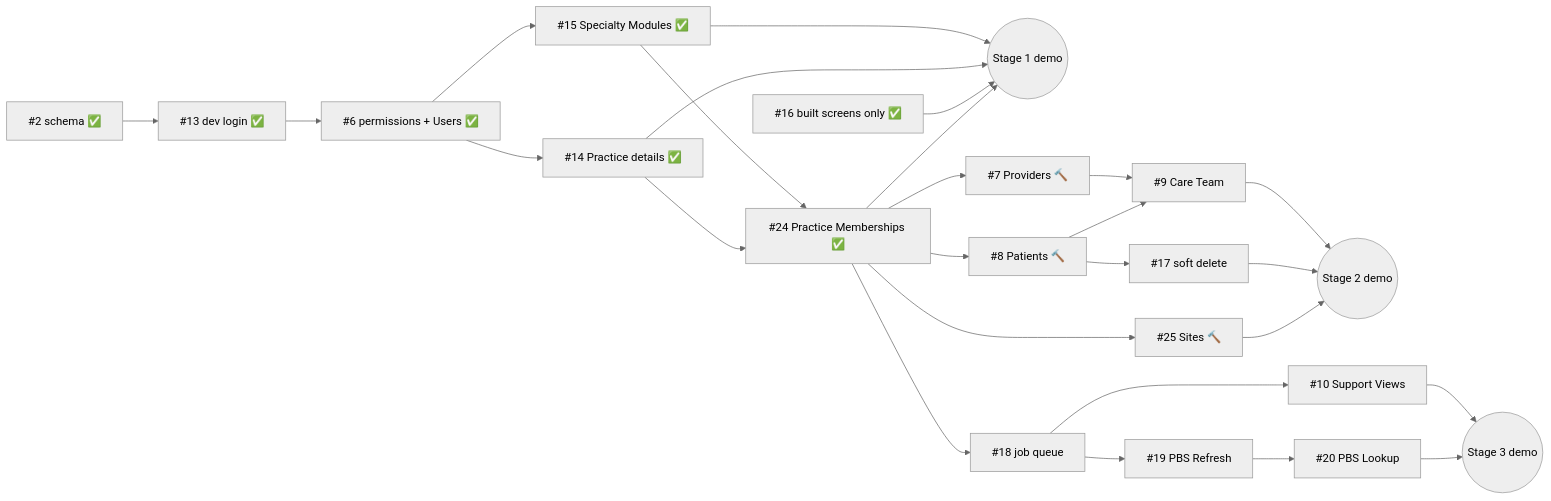
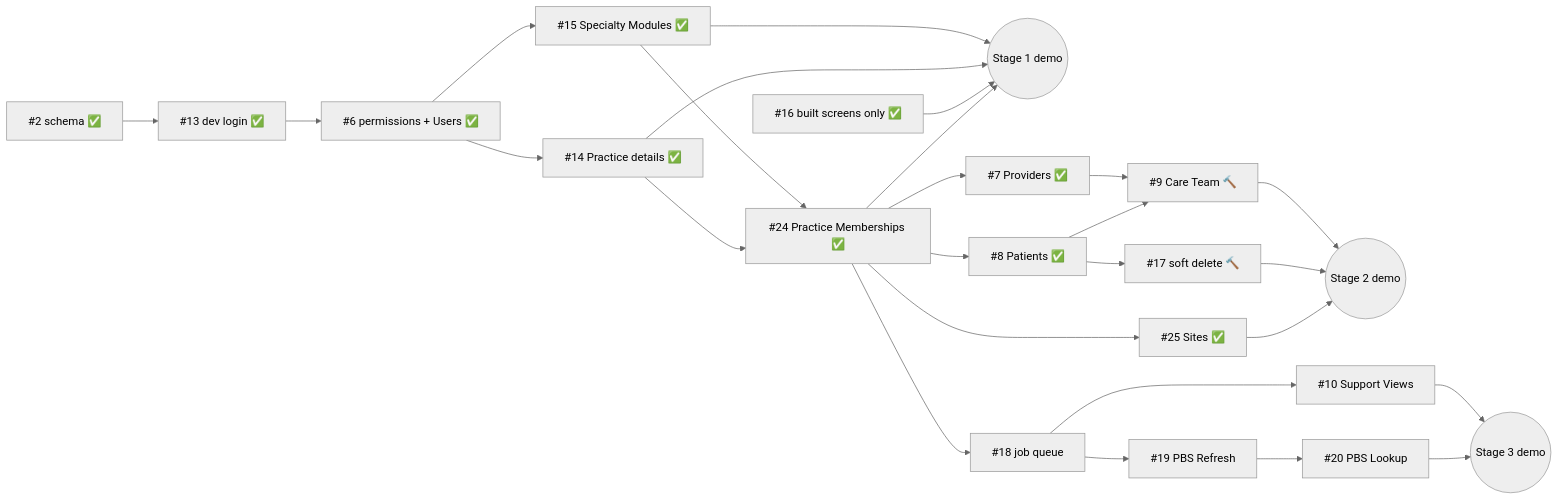
The diagram in docs/build-order.md (kl-a/vigil_care), drawn with Mermaid (neutral theme) before and after one commit. The commit also changed other lines of this file and 34 other files, not shown here.

First line of the commit message:
Care Team, and ship Stage 2 (#9)

````diff
--- a/docs/build-order.md
+++ b/docs/build-order.md
@@ -86,24 +86,24 @@
 ```mermaid
 flowchart LR
     T2[#2 schema ✅] --> T13[#13 dev login ✅]
     T13 --> T6[#6 permissions + Users ✅]
     T6 --> T14[#14 Practice details ✅]
     T6 --> T15[#15 Specialty Modules ✅]
     T14 --> T24[#24 Practice Memberships ✅]
     T15 --> T24
     T24 --> S1
     T16[#16 built screens only ✅] --> S1((Stage 1 demo))
     T14 --> S1
     T15 --> S1
-    T24 --> T8[#8 Patients 🔨] --> T17[#17 soft delete]
-    T24 --> T7[#7 Providers 🔨]
-    T24 --> T25[#25 Sites 🔨] --> S2
-    T8 --> T9[#9 Care Team]
+    T24 --> T8[#8 Patients ✅] --> T17[#17 soft delete 🔨]
+    T24 --> T7[#7 Providers ✅]
+    T24 --> T25[#25 Sites ✅] --> S2
+    T8 --> T9[#9 Care Team 🔨]
     T7 --> T9
     T17 --> S2((Stage 2 demo))
     T9 --> S2
     T24 --> T18[#18 job queue] --> T19[#19 PBS Refresh] --> T20[#20 PBS Lookup]
     T18 --> T10[#10 Support Views]
     T20 --> S3((Stage 3 demo))
     T10 --> S3
 ```
````
